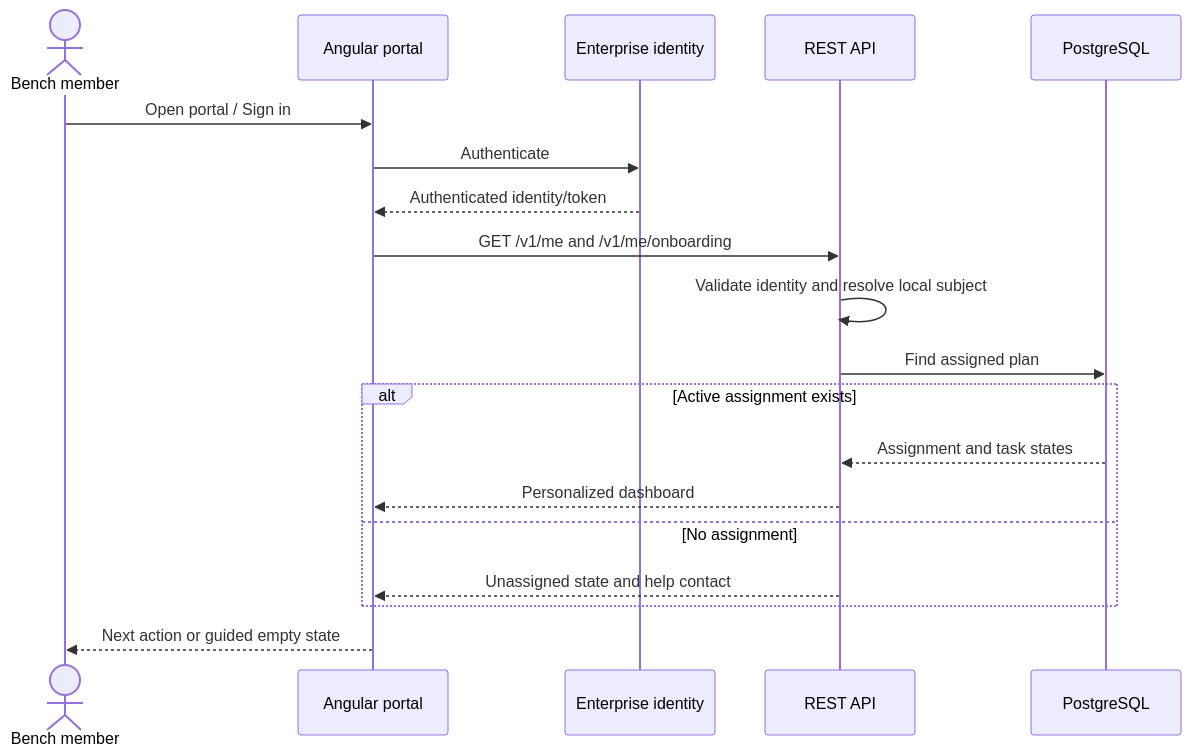
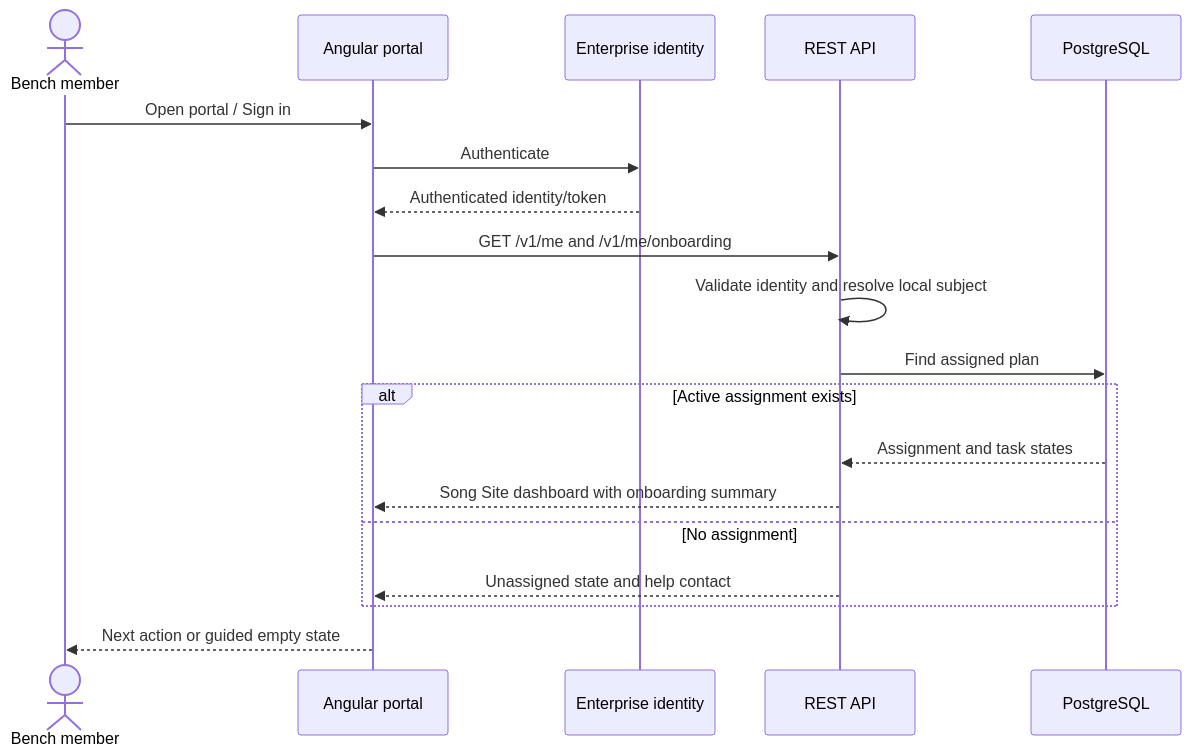
Before and after one commit to jestonibbaguio-max/song-site: the second of 7 diagrams in docs/Song_Bench_Solution_Architecture_Design.md, drawn with Mermaid. The commit also changed other lines of this file and 3 other files, not shown here.

Commit message:
feat: update Solution Architecture Design document and add ADR for authenticated entry page

````diff
--- a/docs/Song_Bench_Solution_Architecture_Design.md
+++ b/docs/Song_Bench_Solution_Architecture_Design.md
@@ -254,21 +254,21 @@
 ```mermaid
 sequenceDiagram
     actor M as Bench member
     participant UI as Angular portal
     participant ID as Enterprise identity
     participant API as REST API
     participant DB as PostgreSQL
     M->>UI: Open portal / Sign in
     UI->>ID: Authenticate
     ID-->>UI: Authenticated identity/token
     UI->>API: GET /v1/me and /v1/me/onboarding
     API->>API: Validate identity and resolve local subject
     API->>DB: Find assigned plan
     alt Active assignment exists
       DB-->>API: Assignment and task states
-      API-->>UI: Personalized dashboard
+      API-->>UI: Song Site dashboard with onboarding summary
     else No assignment
       API-->>UI: Unassigned state and help contact
     end
     UI-->>M: Next action or guided empty state
 ```
````
